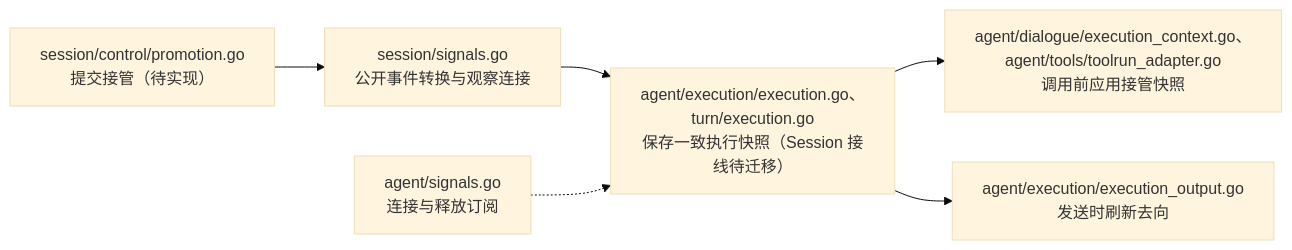
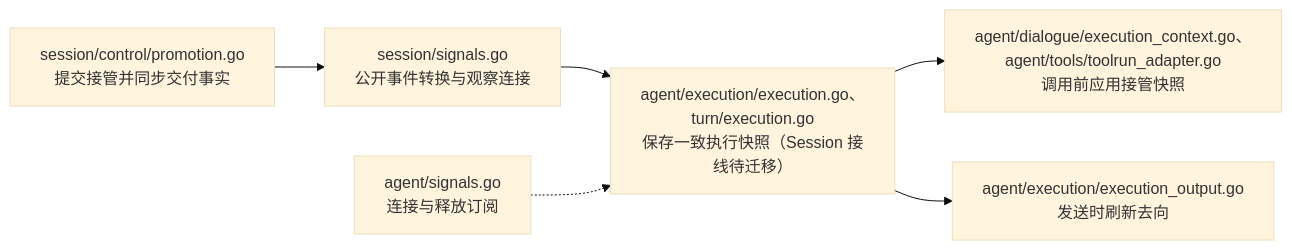
Diagram 14 of 15 in devdocs/architecture.md (Elflare/elbot), drawn with Mermaid (base theme) before and after one commit. The commit also changed other lines of this file and 36 other files, not shown here.

````diff
--- a/devdocs/architecture.md
+++ b/devdocs/architecture.md
@@ -555,8 +555,8 @@
 ```mermaid
 flowchart LR
-    S["session/control/promotion.go<br/>提交接管（待实现）"] --> R["session/signals.go<br/>公开事件转换与观察连接"]
+    S["session/control/promotion.go<br/>提交接管并同步交付事实"] --> R["session/signals.go<br/>公开事件转换与观察连接"]
     R --> E["agent/execution/execution.go、turn/execution.go<br/>保存一致执行快照（Session 接线待迁移）"]
     W["agent/signals.go<br/>连接与释放订阅"] -.-> E
     E --> T["agent/dialogue/execution_context.go、agent/tools/toolrun_adapter.go<br/>调用前应用接管快照"]
     E --> O["agent/execution/execution_output.go<br/>发送时刷新去向"]
 ```
````
